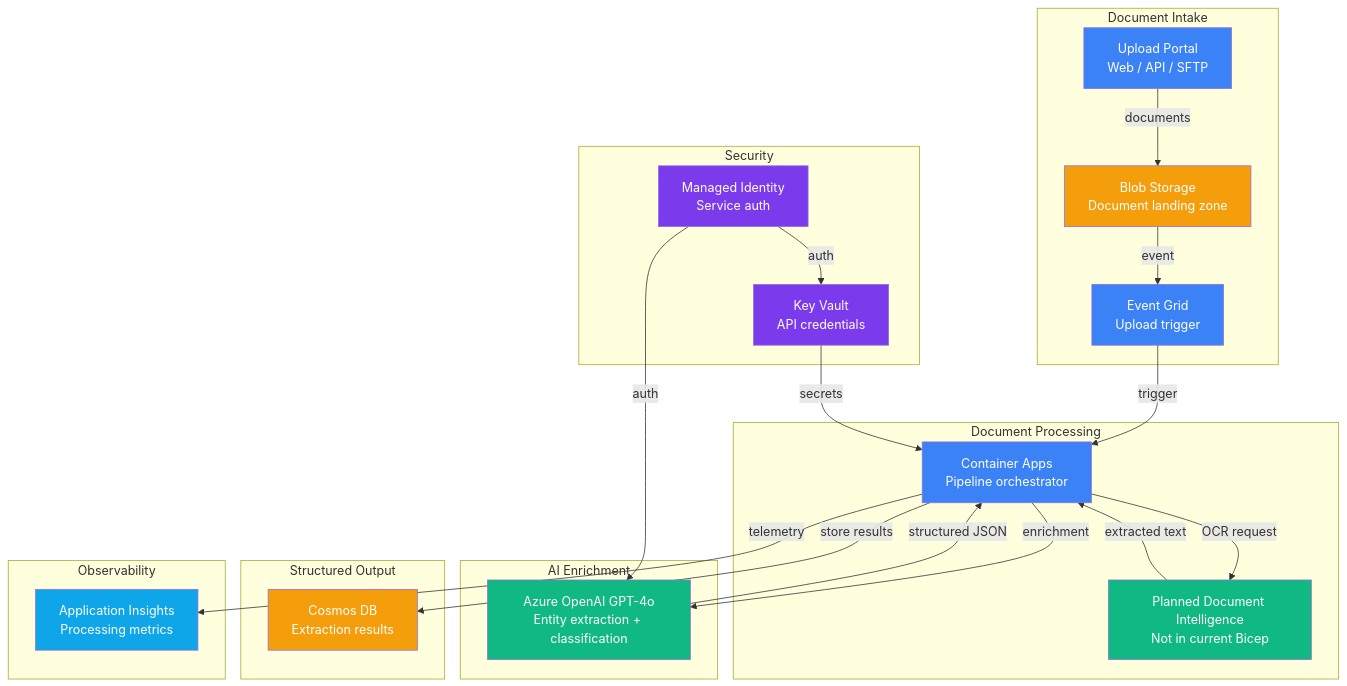
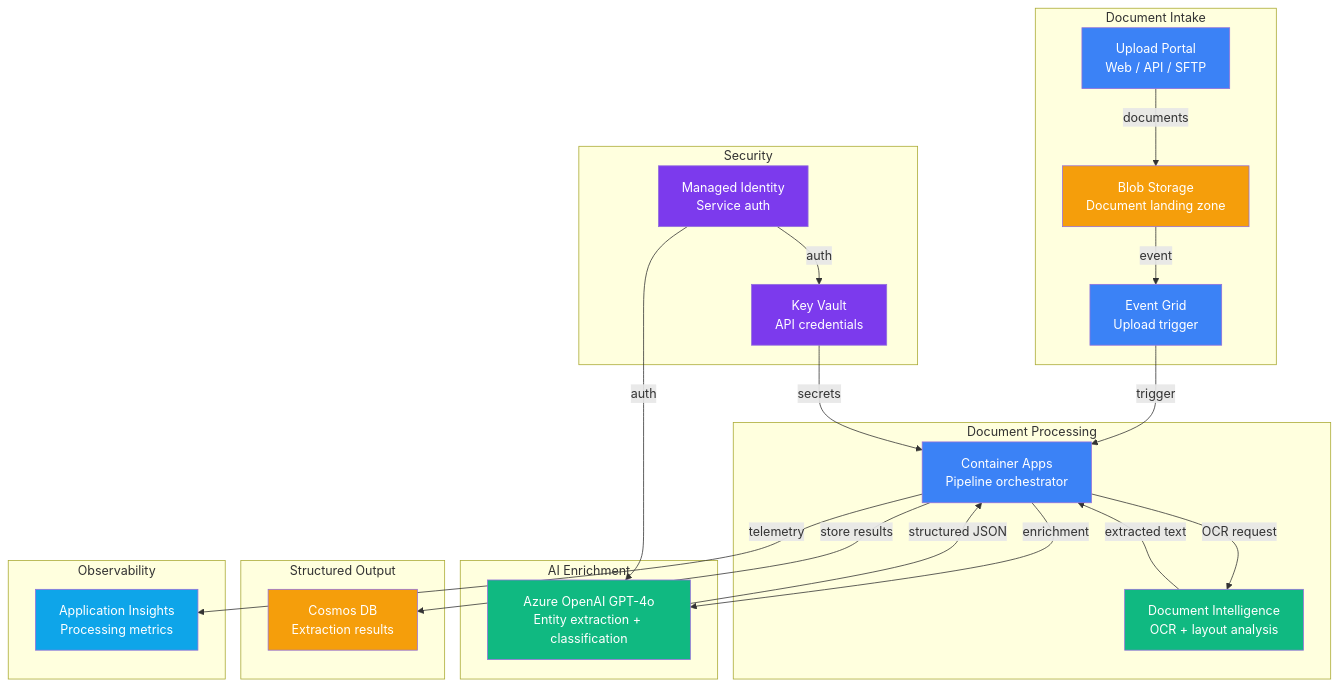
The diagram in solution-plays/06-document-intelligence/README.md (frootai/frootai), drawn with Mermaid before and after one commit. The commit also changed other lines of this file and 108 other files, not shown here.

````diff
--- a/solution-plays/06-document-intelligence/README.md
+++ b/solution-plays/06-document-intelligence/README.md
@@ -25,54 +25,54 @@
 ```mermaid
 graph TB
     subgraph Ingest["Document Intake"]
         UPLOAD[Upload Portal<br/>Web / API / SFTP]
         BLOB[Blob Storage<br/>Document landing zone]
         EG[Event Grid<br/>Upload trigger]
     end
 
     subgraph Processing["Document Processing"]
         CA[Container Apps<br/>Pipeline orchestrator]
-        DI[Planned Document Intelligence<br/>Not in current Bicep]
+        DI[Document Intelligence<br/>OCR + layout analysis]
     end
 
     subgraph AI["AI Enrichment"]
         AOAI[Azure OpenAI GPT-4o<br/>Entity extraction + classification]
     end
 
     subgraph Data["Structured Output"]
         COSMOS[Cosmos DB<br/>Extraction results]
     end
 
     subgraph Security["Security"]
         KV[Key Vault<br/>API credentials]
         MI[Managed Identity<br/>Service auth]
     end
 
     subgraph Monitoring["Observability"]
         AI_INS[Application Insights<br/>Processing metrics]
     end
 
     UPLOAD -->|documents| BLOB
     BLOB -->|event| EG
     EG -->|trigger| CA
     CA -->|OCR request| DI
     DI -->|extracted text| CA
     CA -->|enrichment| AOAI
     AOAI -->|structured JSON| CA
     CA -->|store results| COSMOS
     MI -->|auth| AOAI
     MI -->|auth| KV
     KV -->|secrets| CA
     CA -->|telemetry| AI_INS
 
     style UPLOAD fill:#3b82f6,color:#fff
     style BLOB fill:#f59e0b,color:#fff
     style EG fill:#3b82f6,color:#fff
     style CA fill:#3b82f6,color:#fff
     style DI fill:#10b981,color:#fff
     style AOAI fill:#10b981,color:#fff
     style COSMOS fill:#f59e0b,color:#fff
     style KV fill:#7c3aed,color:#fff
     style MI fill:#7c3aed,color:#fff
     style AI_INS fill:#0ea5e9,color:#fff
 ```
````
